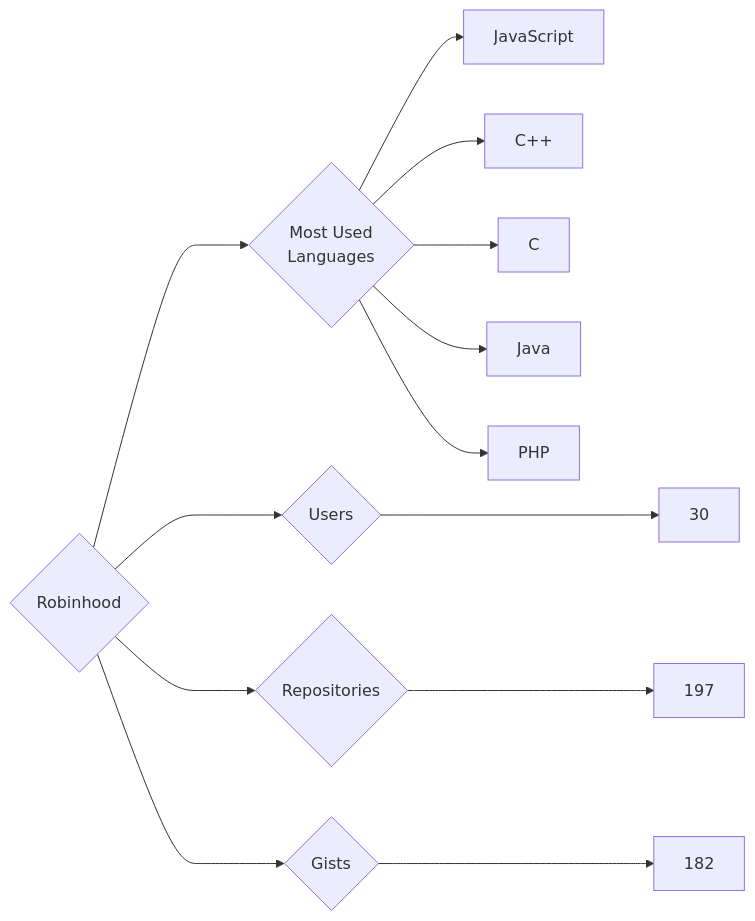
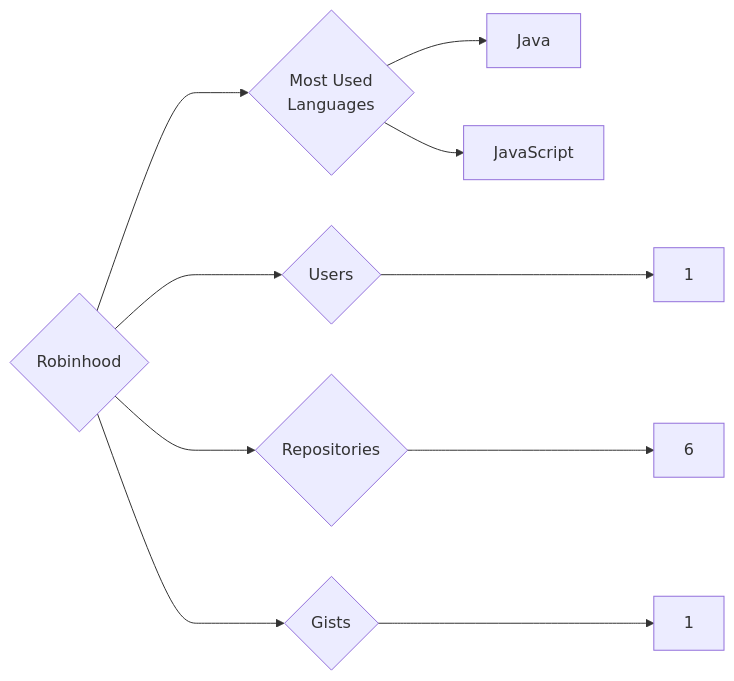
One commit to trickest/insiders changed the diagram in targets/Robinhood/README.md. Above: the diagram before and after it, drawn with Mermaid. The commit also changed 796 other files, not shown here.

````diff
--- a/targets/Robinhood/README.md
+++ b/targets/Robinhood/README.md
@@ -3,13 +3,10 @@
 ```mermaid
 graph LR
 COMPANY_NAME{Robinhood}
-COMPANY_NAME ---> U{Users} ---> UN[30]
-COMPANY_NAME ---> R{Repositories} ---> RN[197]
-COMPANY_NAME ---> G{Gists} ---> GN[182]
+COMPANY_NAME ---> U{Users} ---> UN[1]
+COMPANY_NAME ---> R{Repositories} ---> RN[6]
+COMPANY_NAME ---> G{Gists} ---> GN[1]
 COMPANY_NAME ---> ML{Most Used<br>Languages}
+ML --> Java[Java]
 ML --> JavaScript[JavaScript]
-ML --> C++[C++]
-ML --> C[C]
-ML --> Java[Java]
-ML --> PHP[PHP]
 ```
````
